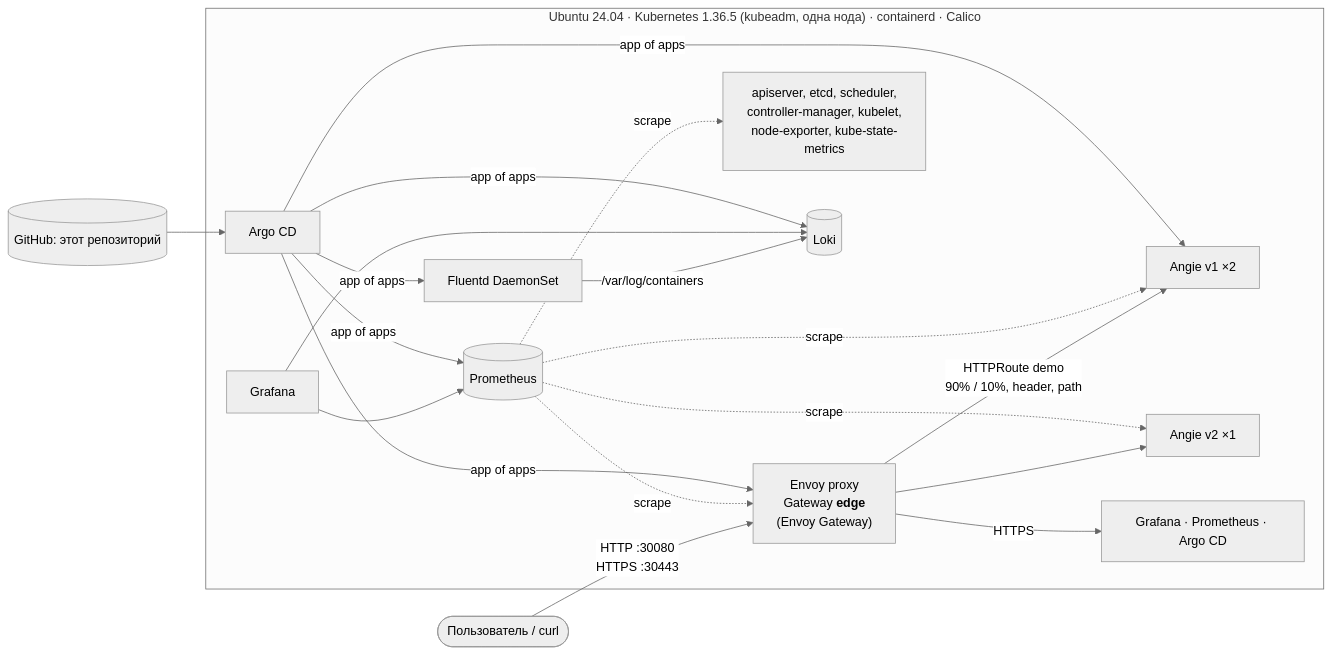
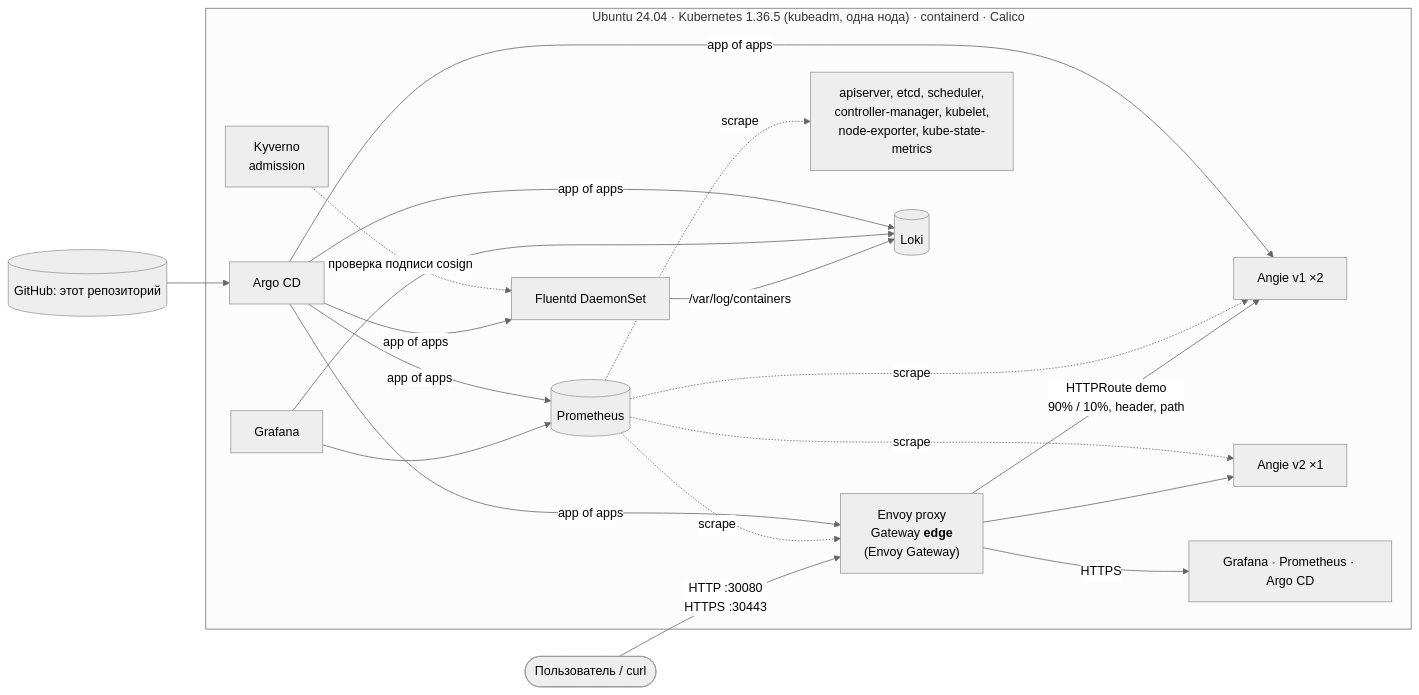
One commit to gifi71/mts-hack-2026 changed the diagram in README.md. Above: the diagram before and after it, drawn with Mermaid (neutral theme). The commit also changed other lines of this file and 5 other files, not shown here.

````diff
--- a/README.md
+++ b/README.md
@@ -33,20 +33,21 @@
 ```mermaid
 flowchart LR
     user([Пользователь / curl]) -->|"HTTP :30080<br/>HTTPS :30443"| envoy
 
     subgraph node["Ubuntu 24.04 · Kubernetes 1.36.5 (kubeadm, одна нода) · containerd · Calico"]
         envoy["Envoy proxy<br/>Gateway <b>edge</b><br/>(Envoy Gateway)"]
         envoy -->|"HTTPRoute demo<br/>90% / 10%, header, path"| v1["Angie v1 ×2"]
         envoy --> v2["Angie v2 ×1"]
         envoy -->|HTTPS| ui["Grafana · Prometheus · Argo CD"]
 
         prom[("Prometheus")] -. scrape .-> v1 & v2 & envoy
         prom -. scrape .-> cp["apiserver, etcd, scheduler,<br/>controller-manager, kubelet,<br/>node-exporter, kube-state-metrics"]
         fluentd["Fluentd DaemonSet"] -->|"/var/log/containers"| loki[("Loki")]
         grafana["Grafana"] --> prom & loki
 
         argo["Argo CD"] -->|app of apps| envoy & prom & loki & fluentd & v1
+        kyverno["Kyverno<br/>admission"] -. "проверка подписи cosign" .-> fluentd
     end
 
     git[("GitHub: этот репозиторий")] --> argo
 ```
````
